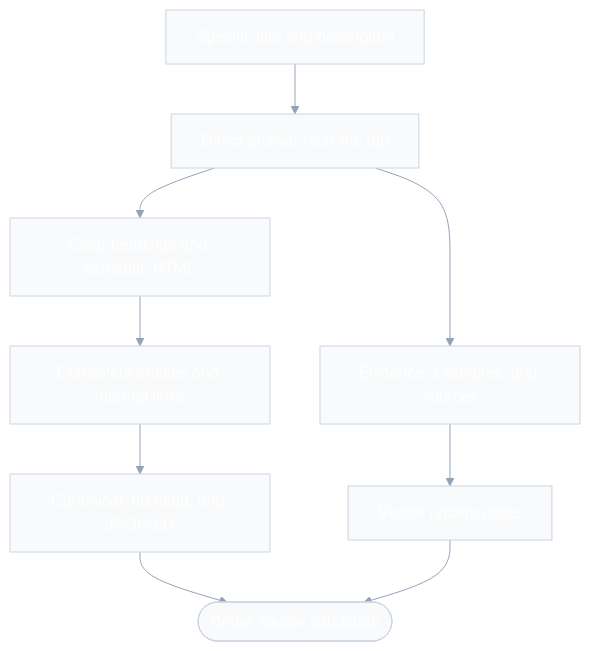
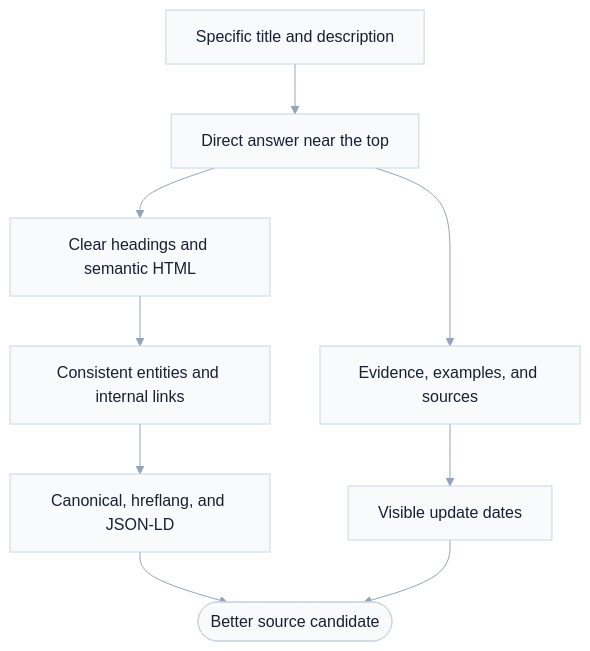
Before and after one commit to paladini/generative-engine-optimization-basic-guide: the diagram in assets/diagrams/geo-page-anatomy.mmd, drawn with Mermaid. The commit also changed 7 other files, not shown here.

Commit message:
fix: improve diagram contrast and language switch

```diff
--- a/assets/diagrams/geo-page-anatomy.mmd
+++ b/assets/diagrams/geo-page-anatomy.mmd
@@ -1,19 +1,19 @@
-%%{init: {'theme': 'base', 'themeVariables': {'primaryColor': '#3147a8', 'primaryTextColor': '#ffffff', 'primaryBorderColor': '#243684', 'lineColor': '#94a3b8', 'secondaryColor': '#0e766f', 'tertiaryColor': '#b46a00', 'background': '#ffffff', 'mainBkg': '#f8fafc', 'nodeBorder': '#cbd5e1', 'clusterBkg': '#f1f5f9', 'clusterBorder': '#e2e8f0', 'titleColor': '#172033', 'edgeLabelBackground': '#ffffff', 'textColor': '#334155'}}}%%
+%%{init: {'theme': 'base', 'themeVariables': {'primaryColor': '#3147a8', 'primaryTextColor': '#172033', 'primaryBorderColor': '#243684', 'lineColor': '#94a3b8', 'secondaryColor': '#0e766f', 'tertiaryColor': '#b46a00', 'background': '#ffffff', 'mainBkg': '#f8fafc', 'nodeBorder': '#cbd5e1', 'clusterBkg': '#f1f5f9', 'clusterBorder': '#e2e8f0', 'titleColor': '#172033', 'edgeLabelBackground': '#ffffff', 'textColor': '#334155'}}}%%
 flowchart TD
     title[Specific title and description]
     answer[Direct answer near the top]
     evidence[Evidence, examples, and sources]
     structure[Clear headings and semantic HTML]
     entities[Consistent entities and internal links]
     metadata[Canonical, hreflang, and JSON-LD]
     freshness[Visible update dates]
     sourceReady([Better source candidate])
 
     title --> answer
     answer --> evidence
     answer --> structure
     structure --> entities
     entities --> metadata
     evidence --> freshness
     metadata --> sourceReady
     freshness --> sourceReady
```
